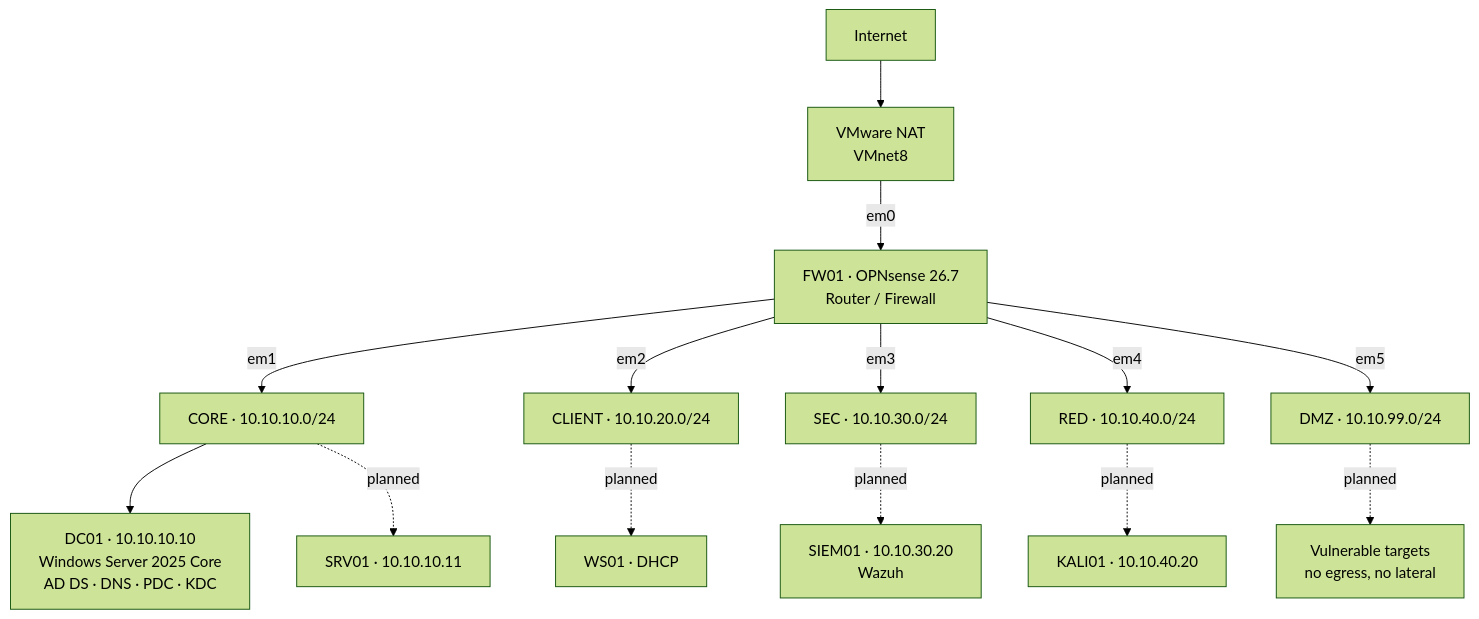
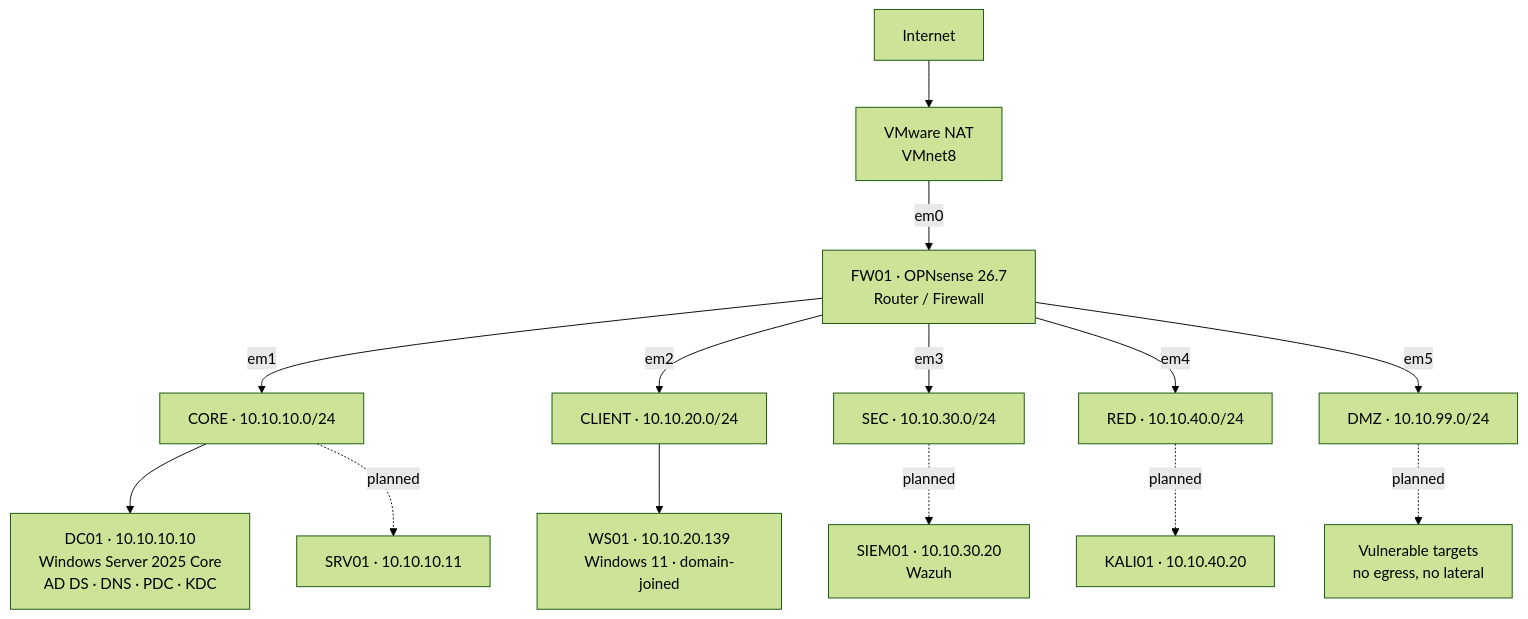
One commit to Icejandeperio/VaultLab-IT-Infrastructure-Learning changed the diagram in README.md. Above: the diagram before and after it, drawn with Mermaid (forest theme). The commit also changed other lines of this file, not shown here.

First line of the commit message:
Phase 1 complete: firewall, DC, and domain-joined client

````diff
--- a/README.md
+++ b/README.md
@@ -14,17 +14,17 @@
 ```mermaid
 graph TD
     NET[Internet] --> NAT[VMware NAT<br/>VMnet8]
     NAT -->|em0| FW[FW01 · OPNsense 26.7<br/>Router / Firewall]
     FW -->|em1| CORE[CORE · 10.10.10.0/24]
     FW -->|em2| CLIENT[CLIENT · 10.10.20.0/24]
     FW -->|em3| SEC[SEC · 10.10.30.0/24]
     FW -->|em4| RED[RED · 10.10.40.0/24]
     FW -->|em5| DMZ[DMZ · 10.10.99.0/24]
 
     CORE --> DC01[DC01 · 10.10.10.10<br/>Windows Server 2025 Core<br/>AD DS · DNS · PDC · KDC]
     CORE -.planned.-> SRV01[SRV01 · 10.10.10.11]
-    CLIENT -.planned.-> WS01[WS01 · DHCP]
+    CLIENT --> WS01[WS01 · 10.10.20.139<br/>Windows 11 · domain-joined]
     SEC -.planned.-> SIEM01[SIEM01 · 10.10.30.20<br/>Wazuh]
     RED -.planned.-> KALI01[KALI01 · 10.10.40.20]
     DMZ -.planned.-> TGT[Vulnerable targets<br/>no egress, no lateral]
 ```
````
